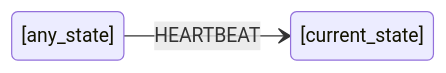
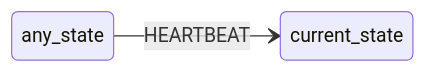
Before and after one commit to maurice/yay-machine: the sixth of 8 diagrams in docs/reference/transitions.md, drawn with Mermaid. The commit also changed other lines of this file and 10 other files, not shown here.

````diff
--- a/docs/reference/transitions.md
+++ b/docs/reference/transitions.md
@@ -406,5 +406,5 @@
 ```mermaid
 stateDiagram
     direction LR
-    [any_state] --> [current_state]: HEARTBEAT
+    any_state --> current_state: HEARTBEAT
 ```
````
